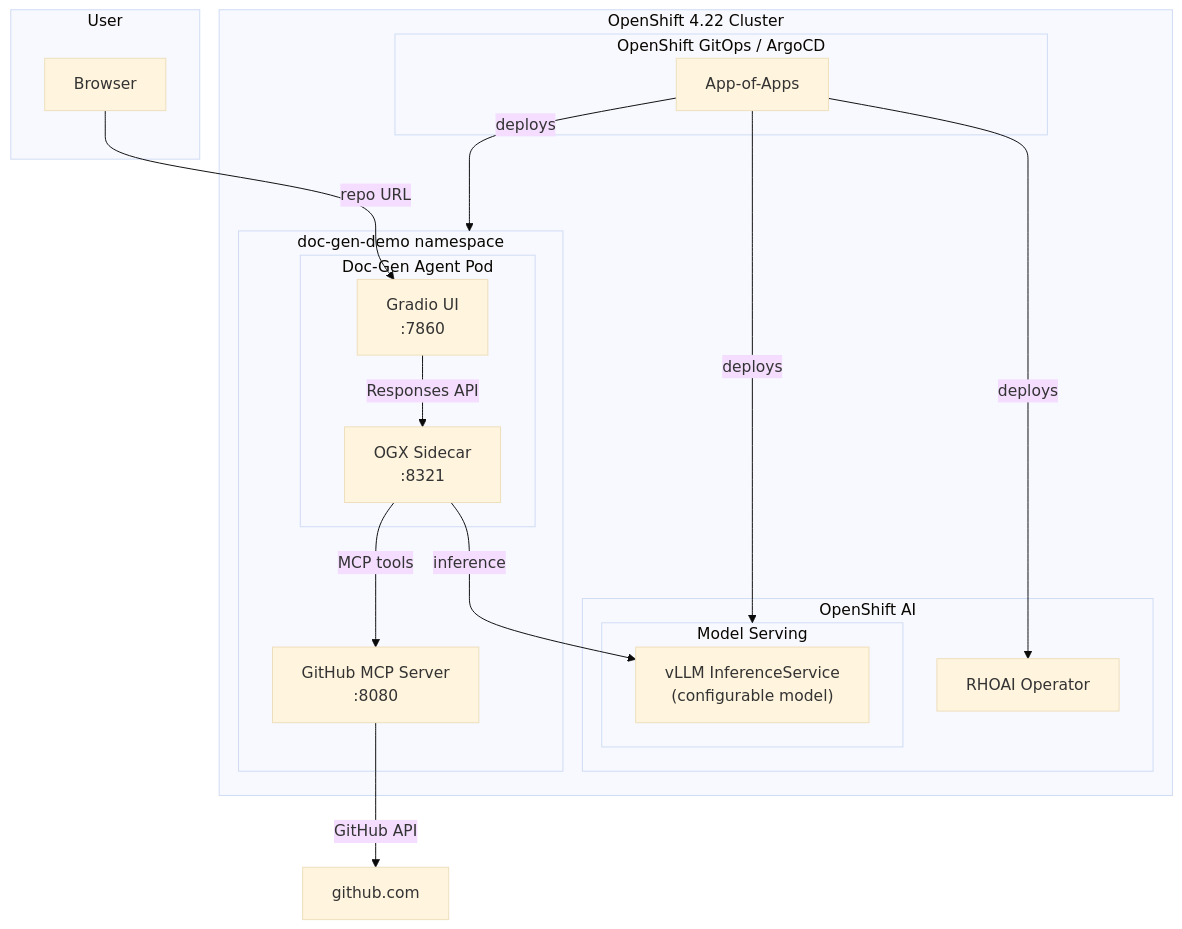
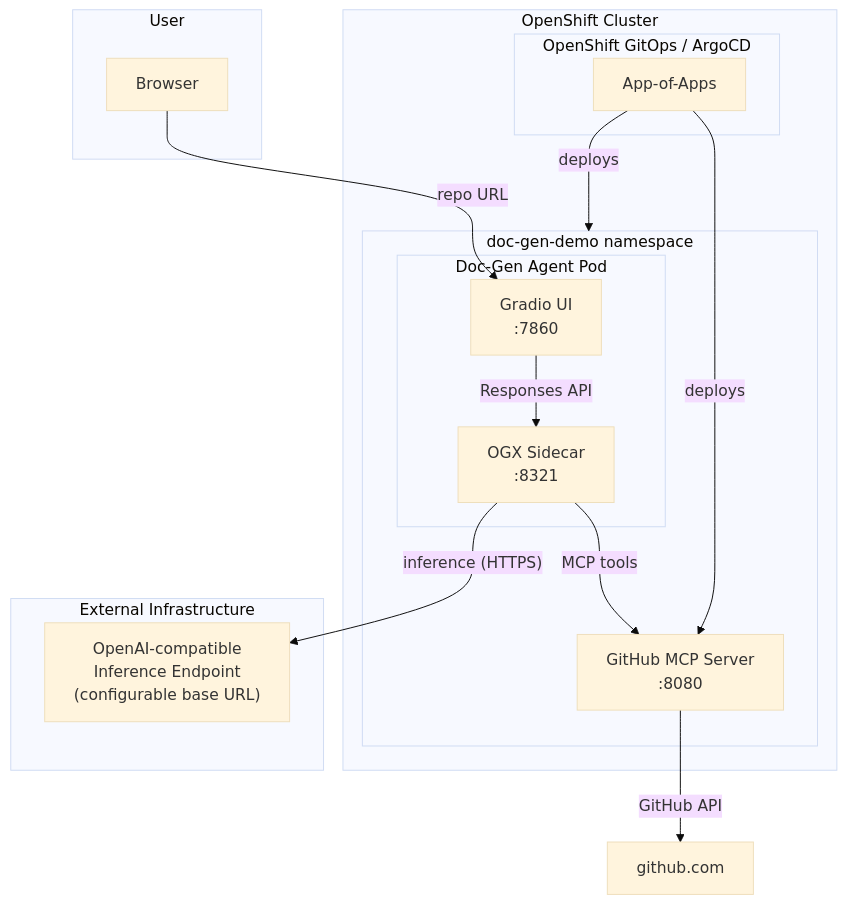
The diagram in README.md (matteo-grimaldi/agentic-doc-generation), drawn with Mermaid (base theme) before and after one commit. The commit also changed other lines of this file and 29 other files, not shown here.

First line of the commit message:
Switch main to an external OpenAI-compatible inference endpoint

````diff
--- a/README.md
+++ b/README.md
@@ -15,36 +20,32 @@
 ```mermaid
 flowchart TB
     subgraph user [User]
         Browser
     end
 
-    subgraph ocp [OpenShift 4.22 Cluster]
+    subgraph ocp [OpenShift Cluster]
         subgraph gitops [OpenShift GitOps / ArgoCD]
             AppOfApps["App-of-Apps"]
-        end
-
-        subgraph rhoai [OpenShift AI]
-            RHOAI_Op["RHOAI Operator"]
-            subgraph serving [Model Serving]
-                vLLM["vLLM InferenceService\n(configurable model)"]
-            end
         end
 
         subgraph demo_ns [doc-gen-demo namespace]
             subgraph agent_pod [Doc-Gen Agent Pod]
                 Gradio["Gradio UI\n:7860"]
                 OGX["OGX Sidecar\n:8321"]
             end
             GitHubMCP["GitHub MCP Server\n:8080"]
         end
     end
 
+    subgraph external [External Infrastructure]
+        InferenceEndpoint["OpenAI-compatible\nInference Endpoint\n(configurable base URL)"]
+    end
+
     Browser -->|"repo URL"| Gradio
     Gradio -->|"Responses API"| OGX
     OGX -->|"MCP tools"| GitHubMCP
-    OGX -->|"inference"| vLLM
+    OGX -->|"inference (HTTPS)"| InferenceEndpoint
     GitHubMCP -->|"GitHub API"| GitHub["github.com"]
-    AppOfApps -->|deploys| RHOAI_Op
-    AppOfApps -->|deploys| serving
+    AppOfApps -->|deploys| GitHubMCP
     AppOfApps -->|deploys| demo_ns
 ```
````
